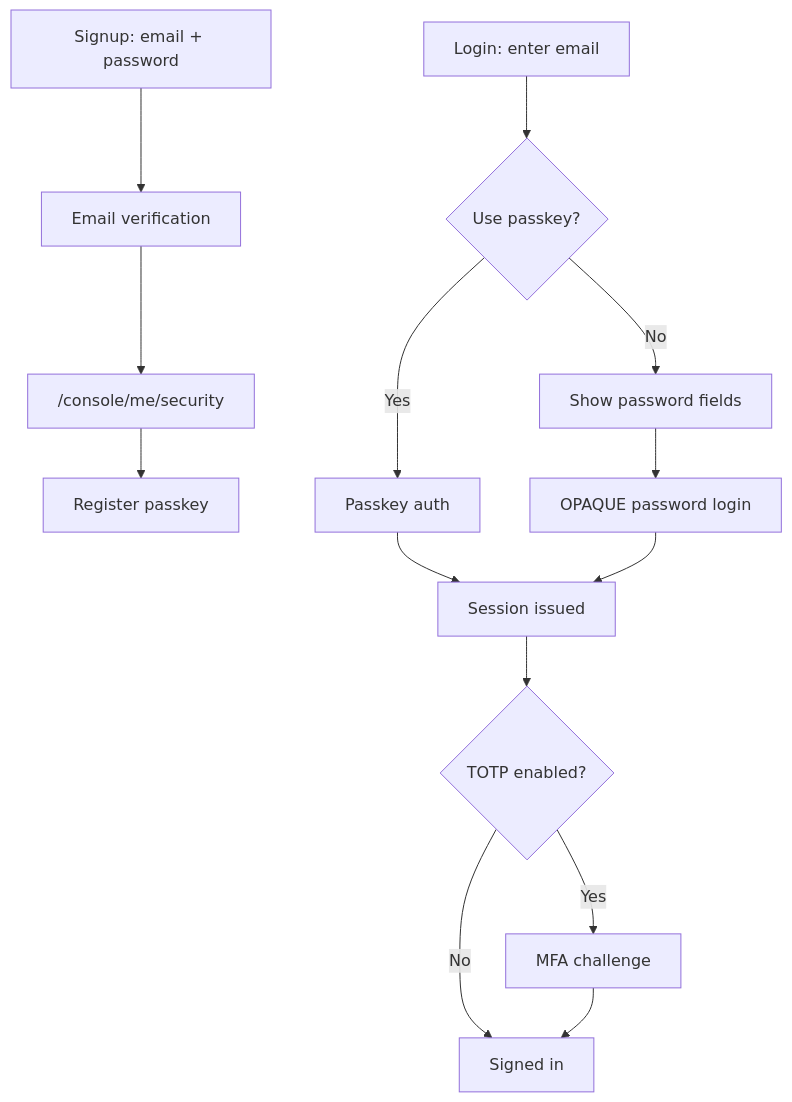
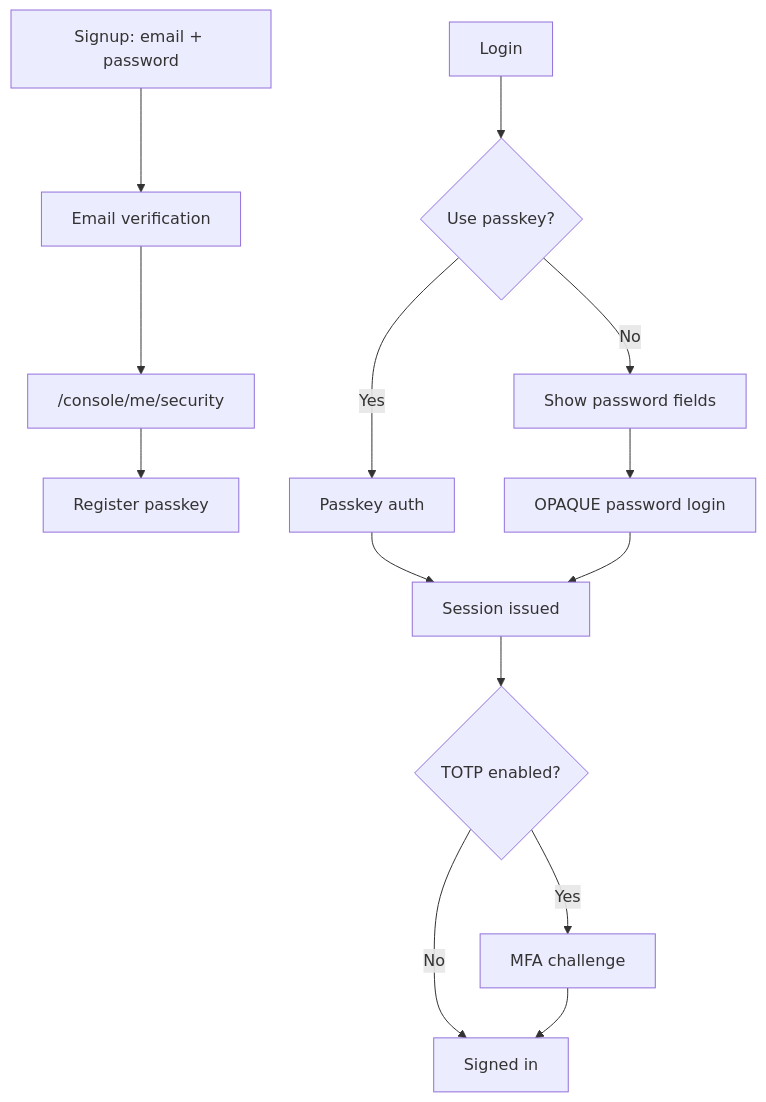
The third of 3 diagrams in README.md (permesi/permesi), drawn with Mermaid before and after one commit. The commit also changed other lines of this file and 115 other files, not shown here.

````diff
--- a/README.md
+++ b/README.md
@@ -211,18 +303,18 @@
 ```mermaid
 flowchart TD
   Signup[Signup: email + password] --> Verify[Email verification]
   Verify --> Console["/console/me/security"]
   Console --> AddPasskey[Register passkey]
 
-  Login[Login: enter email] --> Passkey{Use passkey?}
+  Login[Login] --> Passkey{Use passkey?}
   Passkey -->|Yes| PasskeyAuth[Passkey auth]
   Passkey -->|No| ShowPassword[Show password fields]
   ShowPassword --> Opaque[OPAQUE password login]
 
   PasskeyAuth --> Session[Session issued]
   Opaque --> Session
   Session --> MFA{TOTP enabled?}
   MFA -->|Yes| Challenge[MFA challenge]
   MFA -->|No| Success[Signed in]
   Challenge --> Success
 ```
````
